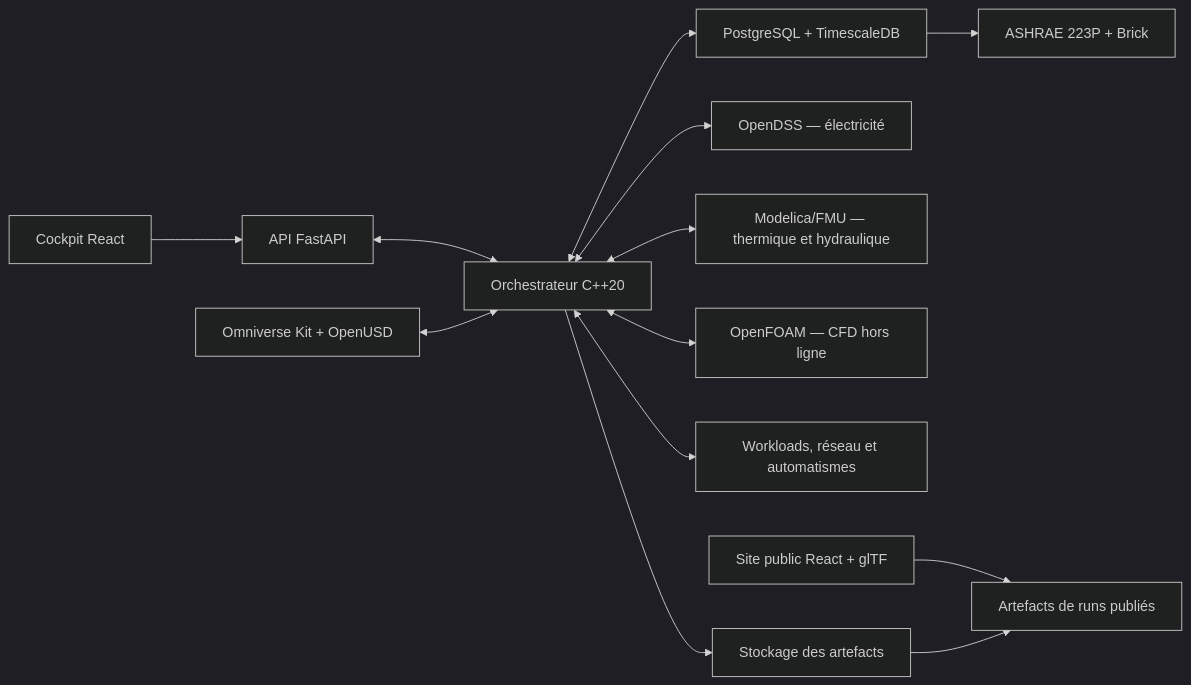
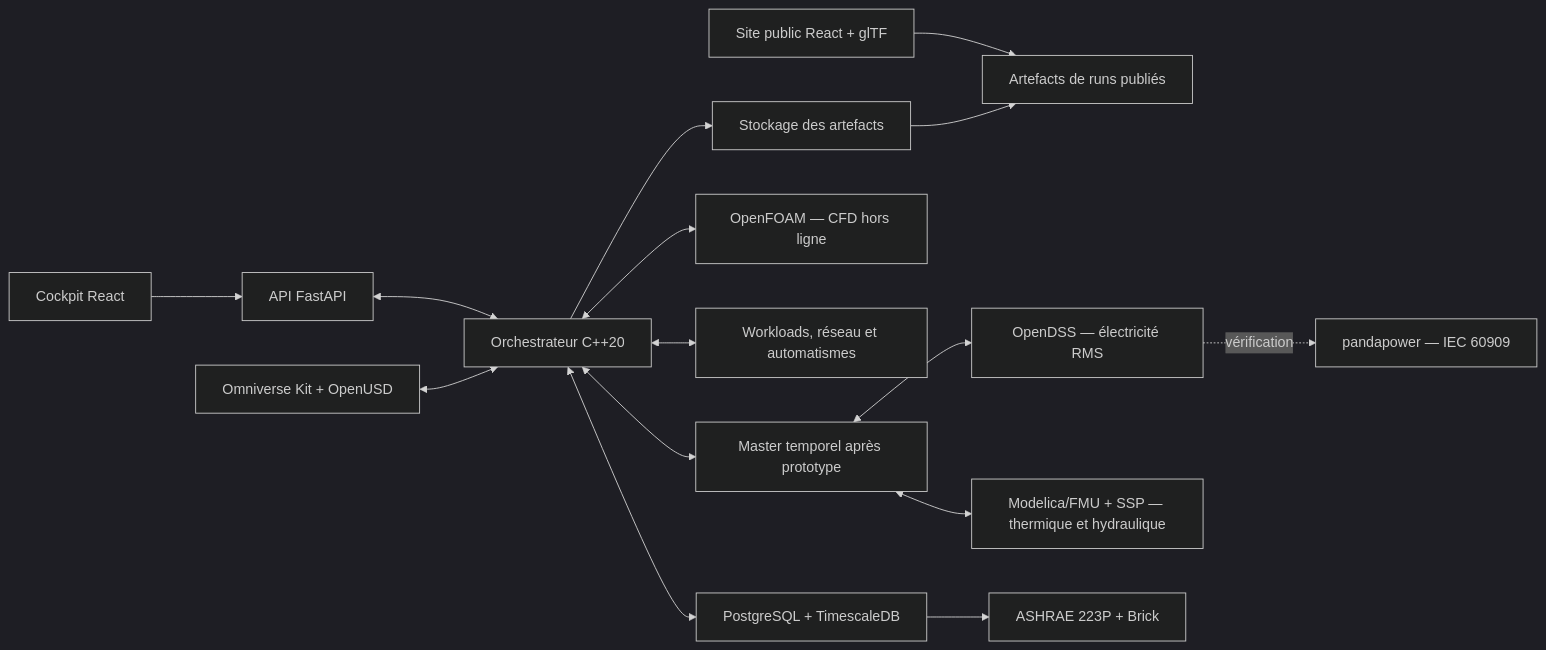
One commit to Pluenet-Killian/twins changed the diagram in README.md. Above: the diagram before and after it, drawn with Mermaid (dark theme). The commit also changed other lines of this file and 4 other files, not shown here.

````diff
--- a/README.md
+++ b/README.md
@@ -19,15 +19,17 @@
 ```mermaid
 flowchart LR
     Cockpit["Cockpit React"] --> API["API FastAPI"]
     Public["Site public React + glTF"] --> Published["Artefacts de runs publiés"]
     API <--> Engine["Orchestrateur C++20"]
     Kit["Omniverse Kit + OpenUSD"] <--> Engine
-    Engine <--> Electrical["OpenDSS — électricité"]
-    Engine <--> Thermal["Modelica/FMU — thermique et hydraulique"]
+    Engine <--> CoSim["Master temporel après prototype"]
+    CoSim <--> Electrical["OpenDSS — électricité RMS"]
+    CoSim <--> Thermal["Modelica/FMU + SSP — thermique et hydraulique"]
+    Electrical -. vérification .-> IEC["pandapower — IEC 60909"]
     Engine <--> CFD["OpenFOAM — CFD hors ligne"]
     Engine <--> Compute["Workloads, réseau et automatismes"]
     Engine <--> Data["PostgreSQL + TimescaleDB"]
     Data --> Semantic["ASHRAE 223P + Brick"]
     Engine --> Artifacts["Stockage des artefacts"]
     Artifacts --> Published
 ```
````
